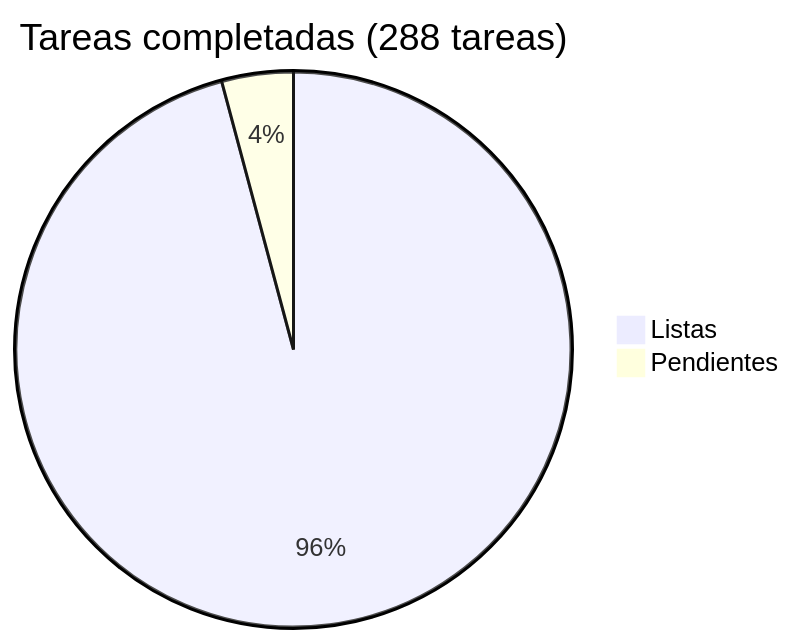
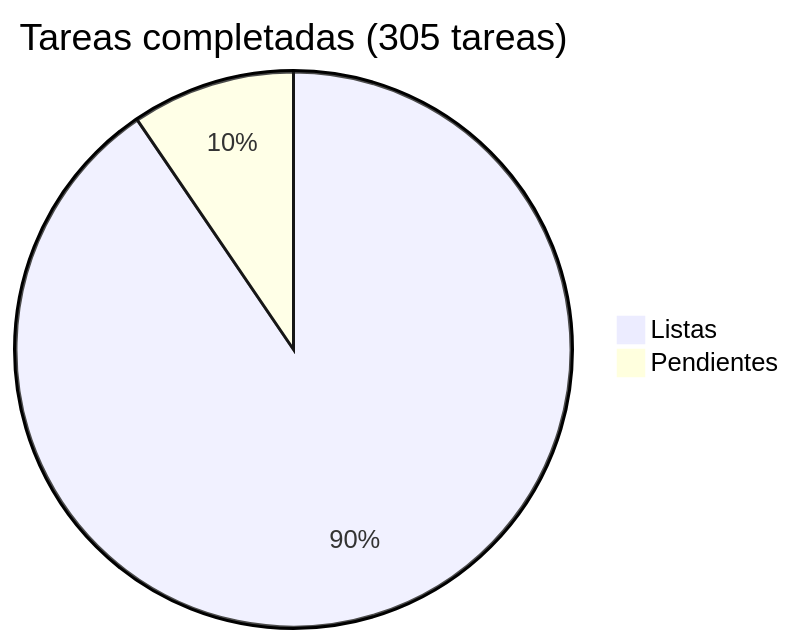
One commit to araguaney-lat/araguaney changed the diagram in docs/roadmap/README.md. Above: the diagram before and after it, drawn with Mermaid. The commit also changed other lines of this file and 2 other files, not shown here.

````diff
--- a/docs/roadmap/README.md
+++ b/docs/roadmap/README.md
@@ -5,5 +5,5 @@
 ```mermaid
-pie title Tareas completadas (288 tareas)
+pie title Tareas completadas (305 tareas)
     "Listas" : 276
-    "Pendientes" : 12
+    "Pendientes" : 29
 ```
````
